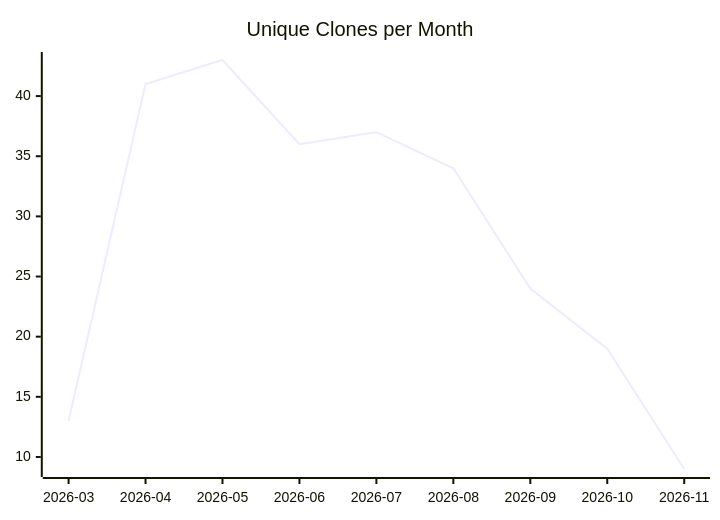
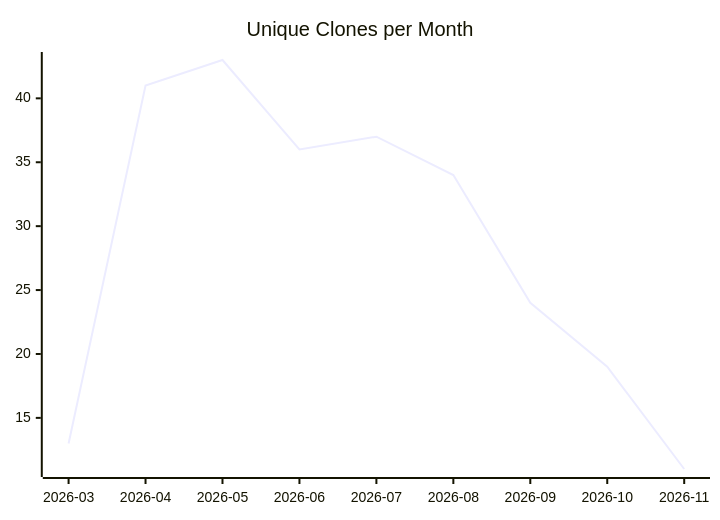
One commit to justdavis-family/github-analytics-data changed the third of 3 diagrams in karlmdavis/usgs-water-api-java/README.md. Above: the diagram before and after it, drawn with Mermaid. The commit also changed other lines of this file and 193 other files, not shown here.

````diff
--- a/karlmdavis/usgs-water-api-java/README.md
+++ b/karlmdavis/usgs-water-api-java/README.md
@@ -19,6 +19,6 @@
 ```mermaid
 xychart-beta
   title "Unique Clones per Month"
   x-axis ["2026-03", "2026-04", "2026-05", "2026-06", "2026-07", "2026-08", "2026-09", "2026-10", "2026-11"]
-  line [13, 41, 43, 36, 37, 34, 24, 19, 9]
+  line [13, 41, 43, 36, 37, 34, 24, 19, 11]
 ```
````
